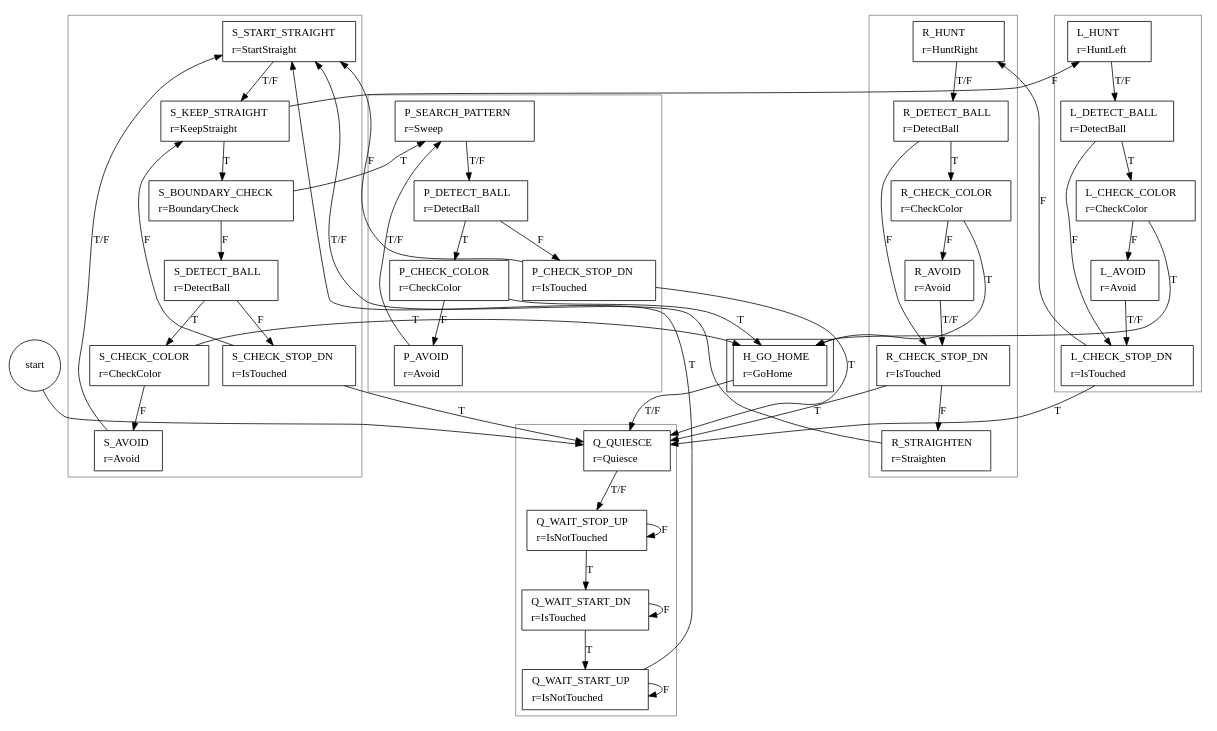
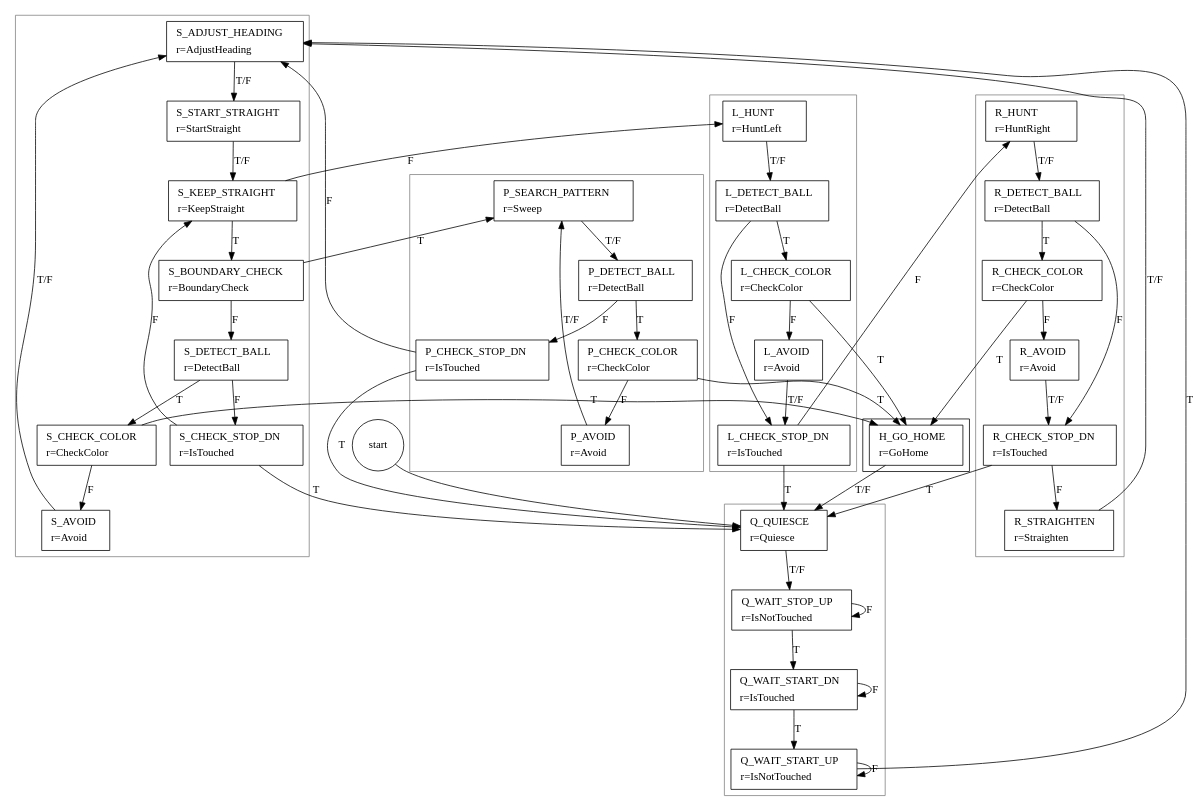
The diagram in FSM.dot (greck/0xDEADBEEF), drawn with Graphviz before and after one commit. The commit also changed 4 other files, not shown here.

Commit message:
Introduced AdjustHeading recipe; Removed calls to CDP.adjustHeading() inside CDP methods, so it is now only invoked from a state. This allows significant additional flexibility in choosing when heading is important.

```diff
--- a/FSM.dot
+++ b/FSM.dot
@@ -1,126 +1,128 @@
 digraph FSM {
 
 "START" [ shape=circle label="start" ];
 
 	subgraph cluster_0 {
 
 		color = gray;
 
 		Q_QUIESCE        [ shape=box label=<<table border="0"><tr><td align="left">Q_QUIESCE</td></tr><tr><td align="left">r=Quiesce</td></tr></table>> ];
 		Q_WAIT_STOP_UP   [ shape=box label=<<table border="0"><tr><td align="left">Q_WAIT_STOP_UP</td></tr><tr><td align="left">r=IsNotTouched</td></tr></table>> ];
 		Q_WAIT_START_DN  [ shape=box label=<<table border="0"><tr><td align="left">Q_WAIT_START_DN</td></tr><tr><td align="left">r=IsTouched</td></tr></table>> ];
 		Q_WAIT_START_UP  [ shape=box label=<<table border="0"><tr><td align="left">Q_WAIT_START_UP</td></tr><tr><td align="left">r=IsNotTouched</td></tr></table>> ];
 
 	}
 
 
 	subgraph cluster_1 {
 	
 		color = gray;
 
+		S_ADJUST_HEADING [ shape=box label=<<table border="0"><tr><td align="left">S_ADJUST_HEADING</td></tr><tr><td align="left">r=AdjustHeading</td></tr></table>> ];
 		S_START_STRAIGHT [ shape=box label=<<table border="0"><tr><td align="left">S_START_STRAIGHT</td></tr><tr><td align="left">r=StartStraight</td></tr></table>> ];
 		S_KEEP_STRAIGHT  [ shape=box label=<<table border="0"><tr><td align="left">S_KEEP_STRAIGHT</td></tr><tr><td align="left">r=KeepStraight</td></tr></table>> ];
 		S_BOUNDARY_CHECK [ shape=box label=<<table border="0"><tr><td align="left">S_BOUNDARY_CHECK</td></tr><tr><td align="left">r=BoundaryCheck</td></tr></table>> ];
 		S_DETECT_BALL    [ shape=box label=<<table border="0"><tr><td align="left">S_DETECT_BALL</td></tr><tr><td align="left">r=DetectBall</td></tr></table>> ];
 		S_CHECK_COLOR    [ shape=box label=<<table border="0"><tr><td align="left">S_CHECK_COLOR</td></tr><tr><td align="left">r=CheckColor</td></tr></table>> ];
 		S_AVOID          [ shape=box label=<<table border="0"><tr><td align="left">S_AVOID</td></tr><tr><td align="left">r=Avoid</td></tr></table>> ];
 		S_CHECK_STOP_DN  [ shape=box label=<<table border="0"><tr><td align="left">S_CHECK_STOP_DN</td></tr><tr><td align="left">r=IsTouched</td></tr></table>> ];
 
 	}		
 
 	subgraph cluster_2 {
 	
 		color = gray;
 
 		L_HUNT           [ shape=box label=<<table border="0"><tr><td align="left">L_HUNT</td></tr><tr><td align="left">r=HuntLeft</td></tr></table>> ];
 		L_DETECT_BALL    [ shape=box label=<<table border="0"><tr><td align="left">L_DETECT_BALL</td></tr><tr><td align="left">r=DetectBall</td></tr></table>> ];
 		L_CHECK_COLOR    [ shape=box label=<<table border="0"><tr><td align="left">L_CHECK_COLOR</td></tr><tr><td align="left">r=CheckColor</td></tr></table>> ];
 		L_AVOID          [ shape=box label=<<table border="0"><tr><td align="left">L_AVOID</td></tr><tr><td align="left">r=Avoid</td></tr></table>> ];
 		L_CHECK_STOP_DN  [ shape=box label=<<table border="0"><tr><td align="left">L_CHECK_STOP_DN</td></tr><tr><td align="left">r=IsTouched</td></tr></table>> ];
 
 	}		
 
 	subgraph cluster_3 {
 	
 		color = gray;
 
 		R_HUNT           [ shape=box label=<<table border="0"><tr><td align="left">R_HUNT</td></tr><tr><td align="left">r=HuntRight</td></tr></table>> ];
 		R_DETECT_BALL    [ shape=box label=<<table border="0"><tr><td align="left">R_DETECT_BALL</td></tr><tr><td align="left">r=DetectBall</td></tr></table>> ];
 		R_CHECK_COLOR    [ shape=box label=<<table border="0"><tr><td align="left">R_CHECK_COLOR</td></tr><tr><td align="left">r=CheckColor</td></tr></table>> ];
 		R_AVOID          [ shape=box label=<<table border="0"><tr><td align="left">R_AVOID</td></tr><tr><td align="left">r=Avoid</td></tr></table>> ];
 		R_CHECK_STOP_DN  [ shape=box label=<<table border="0"><tr><td align="left">R_CHECK_STOP_DN</td></tr><tr><td align="left">r=IsTouched</td></tr></table>> ];
 		R_STRAIGHTEN     [ shape=box label=<<table border="0"><tr><td align="left">R_STRAIGHTEN</td></tr><tr><td align="left">r=Straighten</td></tr></table>> ];
 
 	}		
 
 	subgraph cluster_4 {
 	
 		color = gray;
 
 		P_SEARCH_PATTERN [ shape=box label=<<table border="0"><tr><td align="left">P_SEARCH_PATTERN</td></tr><tr><td align="left">r=Sweep</td></tr></table>> ];
 		P_DETECT_BALL    [ shape=box label=<<table border="0"><tr><td align="left">P_DETECT_BALL</td></tr><tr><td align="left">r=DetectBall</td></tr></table>> ];
 		P_CHECK_COLOR    [ shape=box label=<<table border="0"><tr><td align="left">P_CHECK_COLOR</td></tr><tr><td align="left">r=CheckColor</td></tr></table>> ];
 		P_AVOID          [ shape=box label=<<table border="0"><tr><td align="left">P_AVOID</td></tr><tr><td align="left">r=Avoid</td></tr></table>> ];
 		P_CHECK_STOP_DN  [ shape=box label=<<table border="0"><tr><td align="left">P_CHECK_STOP_DN</td></tr><tr><td align="left">r=IsTouched</td></tr></table>> ];
 
 	}
 	
 	subgraph cluster_5 {
 	
 		H_GO_HOME        [ shape=box label=<<table border="0"><tr><td align="left">H_GO_HOME</td></tr><tr><td align="left">r=GoHome</td></tr></table>> ];
 	
 	}
 
 	START            -> Q_QUIESCE;
 	Q_QUIESCE        -> Q_WAIT_STOP_UP   [ label = "T/F" ];
 	Q_WAIT_STOP_UP   -> Q_WAIT_START_DN  [ label = "T" ];
 	Q_WAIT_STOP_UP   -> Q_WAIT_STOP_UP   [ label = "F" ];
 	Q_WAIT_START_DN  -> Q_WAIT_START_UP  [ label = "T" ];
 	Q_WAIT_START_DN  -> Q_WAIT_START_DN  [ label = "F" ];
-	Q_WAIT_START_UP  -> S_START_STRAIGHT [ label = "T" ];
+	Q_WAIT_START_UP  -> S_ADJUST_HEADING [ label = "T" ];
 	Q_WAIT_START_UP  -> Q_WAIT_START_UP  [ label = "F" ];
 
+	S_ADJUST_HEADING -> S_START_STRAIGHT [ label = "T/F" ];
 	S_START_STRAIGHT -> S_KEEP_STRAIGHT  [ label = "T/F" ];
 	S_KEEP_STRAIGHT  -> S_BOUNDARY_CHECK [ label = "T" ];
 	S_KEEP_STRAIGHT  -> L_HUNT           [ label = "F" ];
 	S_BOUNDARY_CHECK -> P_SEARCH_PATTERN [ label = "T" ];
 	S_BOUNDARY_CHECK -> S_DETECT_BALL    [ label = "F" ];
 	S_DETECT_BALL    -> S_CHECK_COLOR    [ label = "T" ];
 	S_DETECT_BALL    -> S_CHECK_STOP_DN  [ label = "F" ];
 	S_CHECK_COLOR    -> H_GO_HOME        [ label = "T" ];
 	S_CHECK_COLOR    -> S_AVOID          [ label = "F" ];
-	S_AVOID          -> S_START_STRAIGHT [ label = "T/F" ];
+	S_AVOID          -> S_ADJUST_HEADING [ label = "T/F" ];
 	S_CHECK_STOP_DN  -> Q_QUIESCE        [ label = "T" ];
 	S_CHECK_STOP_DN  -> S_KEEP_STRAIGHT  [ label = "F" ];
 
 	L_HUNT           -> L_DETECT_BALL    [ label = "T/F" ];
 	L_DETECT_BALL    -> L_CHECK_COLOR    [ label = "T" ];
 	L_DETECT_BALL    -> L_CHECK_STOP_DN  [ label = "F" ];
 	L_CHECK_COLOR    -> H_GO_HOME        [ label = "T" ];
 	L_CHECK_COLOR    -> L_AVOID          [ label = "F" ];
 	L_AVOID          -> L_CHECK_STOP_DN  [ label = "T/F" ];
 	L_CHECK_STOP_DN  -> Q_QUIESCE        [ label = "T" ];
 	L_CHECK_STOP_DN  -> R_HUNT           [ label = "F" ];
 
 	R_HUNT           -> R_DETECT_BALL    [ label = "T/F" ];
 	R_DETECT_BALL    -> R_CHECK_COLOR    [ label = "T" ];
 	R_DETECT_BALL    -> R_CHECK_STOP_DN  [ label = "F" ];
 	R_CHECK_COLOR    -> H_GO_HOME        [ label = "T" ];
 	R_CHECK_COLOR    -> R_AVOID          [ label = "F" ];
 	R_AVOID          -> R_CHECK_STOP_DN  [ label = "T/F" ];
 	R_CHECK_STOP_DN  -> Q_QUIESCE        [ label = "T" ];
 	R_CHECK_STOP_DN  -> R_STRAIGHTEN     [ label = "F" ];
-	R_STRAIGHTEN     -> S_START_STRAIGHT [ label = "T/F" ];
+	R_STRAIGHTEN     -> S_ADJUST_HEADING [ label = "T/F" ];
 
 	P_SEARCH_PATTERN -> P_DETECT_BALL    [ label = "T/F" ];
 	P_DETECT_BALL    -> P_CHECK_COLOR    [ label = "T" ];
 	P_DETECT_BALL    -> P_CHECK_STOP_DN  [ label = "F" ];
 	P_CHECK_COLOR    -> H_GO_HOME        [ label = "T" ];
 	P_CHECK_COLOR    -> P_AVOID          [ label = "F" ];
 	P_AVOID          -> P_SEARCH_PATTERN [ label = "T/F" ];
 	P_CHECK_STOP_DN  -> Q_QUIESCE        [ label = "T" ];
-	P_CHECK_STOP_DN  -> S_START_STRAIGHT [ label = "F" ];
+	P_CHECK_STOP_DN  -> S_ADJUST_HEADING [ label = "F" ];
 	
 	H_GO_HOME        -> Q_QUIESCE        [ label = "T/F" ];
 	
 }
```
